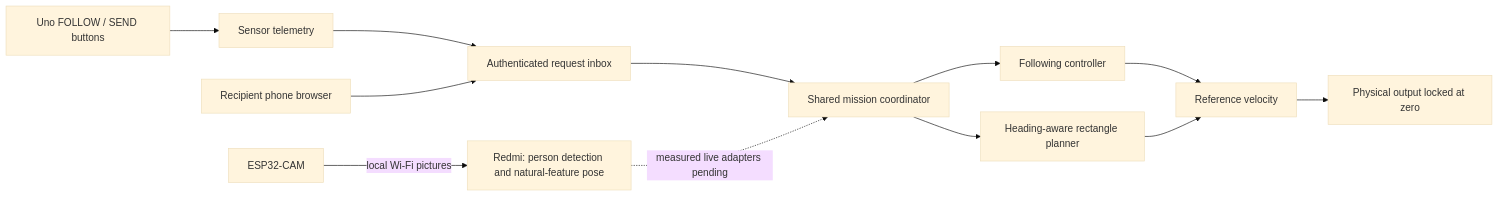
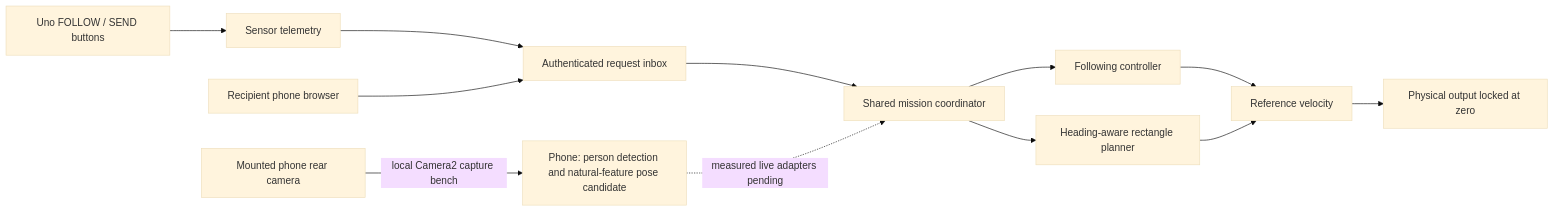
One commit to adilsukumar/Portiva changed the diagram in docs/ARCHITECTURE.md. Above: the diagram before and after it, drawn with Mermaid (base theme). The commit also changed other lines of this file and 11 other files, not shown here.

Commit message:
Add mounted-phone camera bench with synthetic capture and restart checks

````diff
--- a/docs/ARCHITECTURE.md
+++ b/docs/ARCHITECTURE.md
@@ -5,14 +5,14 @@
 ```mermaid
 flowchart LR
-    Camera[ESP32-CAM] -->|local Wi-Fi pictures| Vision[Redmi: person detection and natural-feature pose]
+    Camera[Mounted phone rear camera] -->|local Camera2 capture bench| Vision[Phone: person detection and natural-feature pose candidate]
     Buttons[Uno FOLLOW / SEND buttons] --> Telemetry[Sensor telemetry]
     Telemetry --> Inbox[Authenticated request inbox]
     Phone[Recipient phone browser] --> Inbox
     Inbox --> Coordinator[Shared mission coordinator]
     Vision -. measured live adapters pending .-> Coordinator
     Coordinator --> Follow[Following controller]
     Coordinator --> Plan[Heading-aware rectangle planner]
     Follow --> Output[Reference velocity]
     Plan --> Output
     Output --> Lock[Physical output locked at zero]
 ```
````
